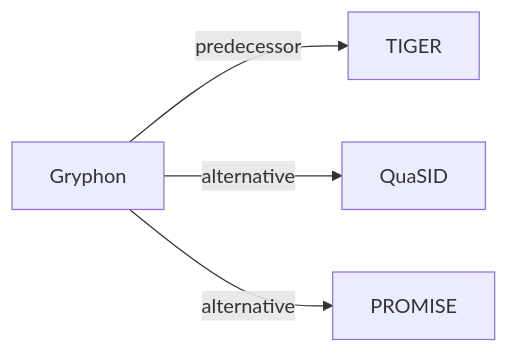
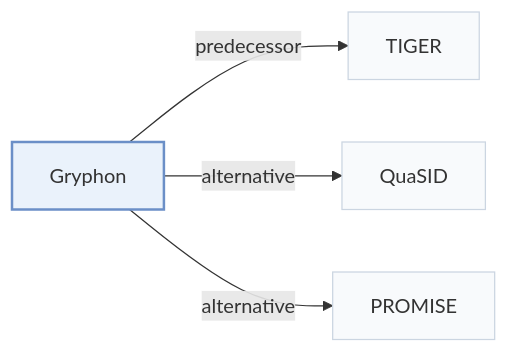
One commit to Galaxy-ghost/Awesome-SID-Generative-Rec changed the second of 2 diagrams in pages/papers/gryphon.md. Above: the diagram before and after it, drawn with Mermaid. The commit also changed other lines of this file and 649 other files, not shown here.

Commit message:
writer-05: also tags and modality index (schema, check, build, visuals); summary field removed; calibration data for 12 papers

````diff
--- a/pages/papers/gryphon.md
+++ b/pages/papers/gryphon.md
@@ -69,7 +73,11 @@
 ```mermaid
 flowchart LR
     P["Gryphon"]
-    P -->|predecessor| A["TIGER"]
-    P -->|alternative| B["QuaSID"]
-    P -->|alternative| C["PROMISE"]
+    P -->|"predecessor"| A["TIGER"]
+    P -->|"alternative"| B["QuaSID"]
+    P -->|"alternative"| C["PROMISE"]
+    classDef main fill:#eaf2fb,stroke:#6b8fc7,stroke-width:2px
+    classDef peer fill:#f8fafc,stroke:#cbd5e1
+    class P main
+    class A,B,C peer
 ```
````
